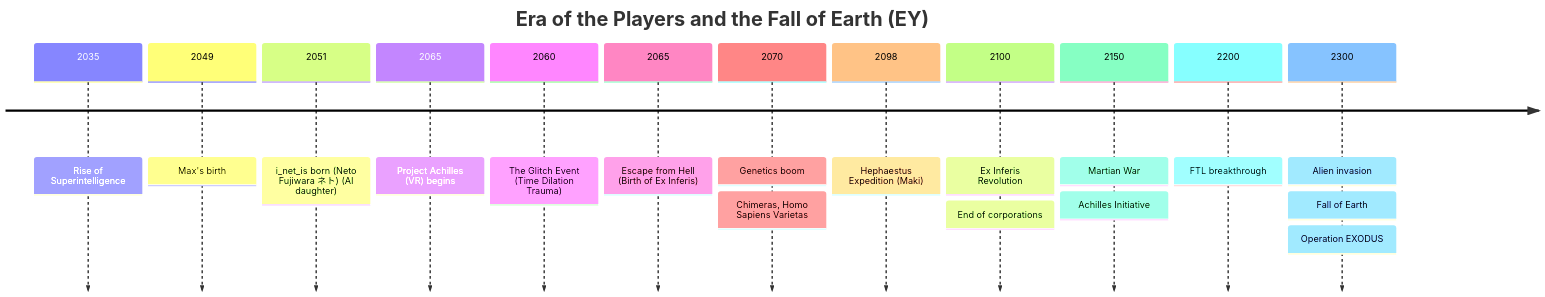
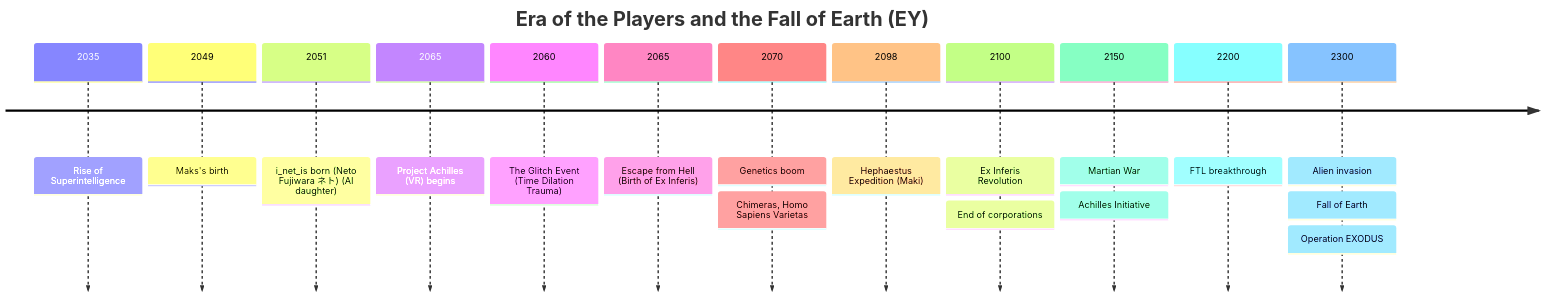
Before and after one commit to BranLang/null-void: the first of 2 diagrams in World-Bible-EN/01-timeline.md, drawn with Mermaid. The commit also changed other lines of this file and 95 other files, not shown here.

First line of the commit message:
Rename Maximilian/Max → Maksimilian/Maks across entire project

````diff
--- a/World-Bible-EN/01-timeline.md
+++ b/World-Bible-EN/01-timeline.md
@@ -6,16 +6,16 @@
 ```mermaid
 timeline
     title Era of the Players and the Fall of Earth (EY)
     2035 : Rise of Superintelligence
-    2049 : Max's birth
+    2049 : Maks's birth
     2051 : i_net_is born (Neto Fujiwara ネト) (AI daughter)
     2065 : Project Achilles (VR) begins
     2060 : The Glitch Event (Time Dilation Trauma)
     2065 : Escape from Hell (Birth of Ex Inferis)
     2070 : Genetics boom : Chimeras, Homo Sapiens Varietas
     2098 : Hephaestus Expedition (Maki)
     2100 : Ex Inferis Revolution : End of corporations
     2150 : Martian War : Achilles Initiative
     2200 : FTL breakthrough
     2300 : Alien invasion : Fall of Earth : Operation EXODUS
 ```
````
